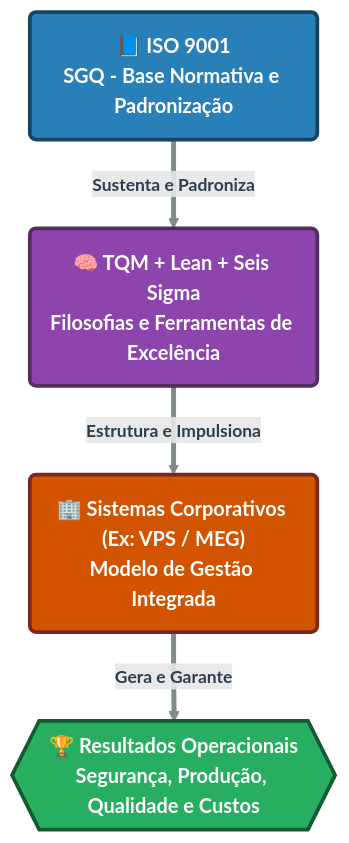
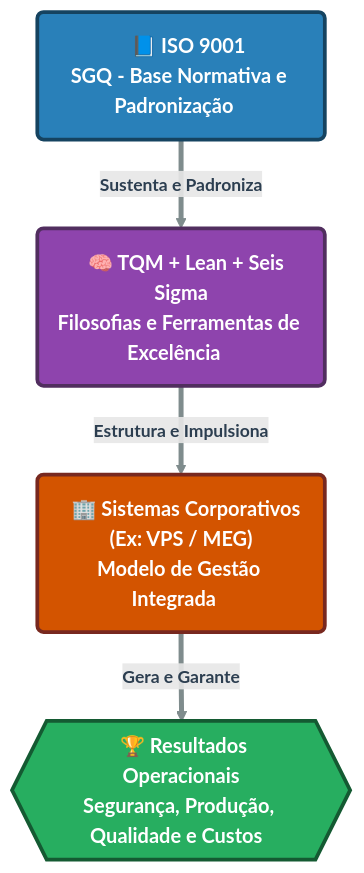
The tenth of 11 diagrams in chapters/cap2-modelos-gestao.qmd (rafasfer2/MiningAnalyticsBook), drawn with Mermaid before and after one commit. The commit also changed other lines of this file and 2 other files, not shown here.

Commit message:
Cap2: atualizar MASP/PDCA e incluir exercicio de retrabalho

````diff
--- a/chapters/cap2-modelos-gestao.qmd
+++ b/chapters/cap2-modelos-gestao.qmd
@@ -1184,29 +1279,32 @@
 ```{mermaid}
+%%| label: fig-integra-sistemas
+%%| fig-cap: "Evolução e Integração dos Sistemas de Gestão"
+
 flowchart TD
 
     %% --- CONFIGURAÇÃO DE ESTILOS (Paleta Profissional e Contraste) ---
     classDef isoStyle fill:#2980b9,stroke:#154360,stroke-width:3px,color:#ffffff,font-size:16px,font-weight:bold
     classDef philoStyle fill:#8e44ad,stroke:#512e5f,stroke-width:3px,color:#ffffff,font-size:16px,font-weight:bold
     classDef corpStyle fill:#d35400,stroke:#78281f,stroke-width:3px,color:#ffffff,font-size:16px,font-weight:bold
     classDef resultStyle fill:#27ae60,stroke:#145a32,stroke-width:3px,color:#ffffff,font-size:16px,font-weight:bold
 
-    %% --- ESTRUTURA DOS NÓS (Com Emojis de Contexto) ---
-    A("📘 ISO 9001\nSGQ - Base Normativa e Padronização")
-    B("🧠 TQM + Lean + Seis Sigma\nFilosofias e Ferramentas de Excelência")
-    C("🏢 Sistemas Corporativos (Ex: VPS / MEG)\nModelo de Gestão Integrada")
-    D{{"🏆 Resultados Operacionais\nSegurança, Produção, Qualidade e Custos"}}
+    %% --- ESTRUTURA DOS NÓS (Substituído \n por <br> e adicionado espaçamento) ---
+    A("&nbsp;&nbsp;&nbsp;📘 ISO 9001<br>SGQ - Base Normativa e Padronização&nbsp;&nbsp;&nbsp;")
+    B("&nbsp;&nbsp;&nbsp;🧠 TQM + Lean + Seis Sigma<br>Filosofias e Ferramentas de Excelência&nbsp;&nbsp;&nbsp;")
+    C("&nbsp;&nbsp;&nbsp;🏢 Sistemas Corporativos (Ex: VPS / MEG)<br>Modelo de Gestão Integrada&nbsp;&nbsp;&nbsp;")
+    D{{"&nbsp;&nbsp;🏆 Resultados Operacionais<br>Segurança, Produção, Qualidade e Custos&nbsp;&nbsp;"}}
 
     %% --- CONEXÕES (Com verbos de transição) ---
     A == "Sustenta e Padroniza" ==> B
     B == "Estrutura e Impulsiona" ==> C
     C == "Gera e Garante" ==> D
 
     %% Engrossando e estilizando as linhas e textos das setas
     linkStyle default stroke:#7f8c8d,stroke-width:4px,color:#2c3e50,font-weight:bold,font-size:14px
 
     %% --- APLICAÇÃO DOS ESTILOS ---
     class A isoStyle;
     class B philoStyle;
     class C corpStyle;
     class D resultStyle;
 ```
````
